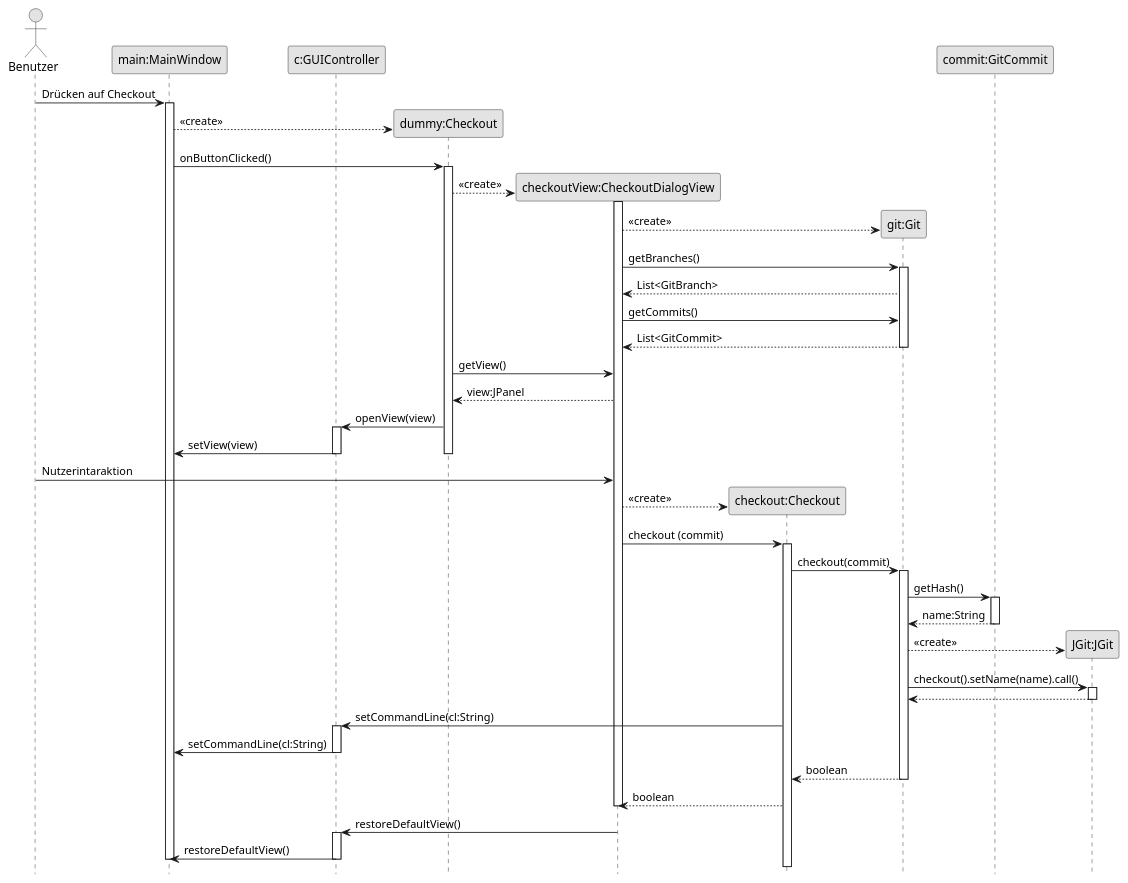
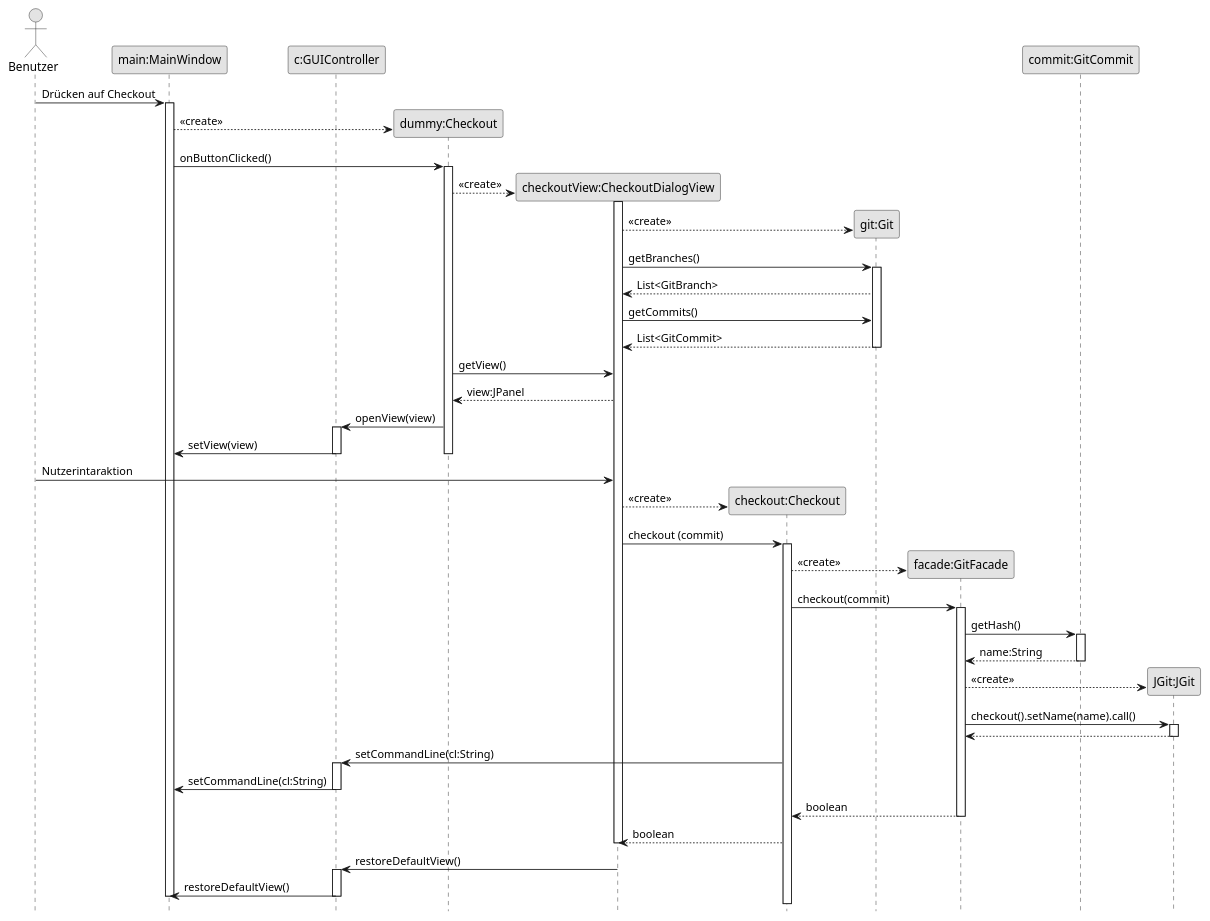
Before and after one commit to osl2/Skalierbarer-Git-Client: the diagram in diagrams/raw diagramm files/Checkout_Version_Sequence.puml, drawn with PlantUML. The commit also changed 6 other files, not shown here.

Commit message:
Changes in Diagramms

```diff
--- a/diagrams/raw diagramm files/Checkout_Version_Sequence.puml
+++ b/diagrams/raw diagramm files/Checkout_Version_Sequence.puml
@@ -1,78 +1,80 @@
 @startuml
 skinparam monochrome true
 hide footbox
 actor Benutzer as user
 
 participant "main:MainWindow" as main
 participant "c:GUIController" as controller
 participant "dummy:Checkout" as checkout
 participant "checkoutView:CheckoutDialogView" as checkoutView
 participant "checkout:Checkout" as checkoutCommand
-participant "git:Git" as facade
-participant "git:Git" as facade
+participant "git:Git" as git
+participant "facade:GitFacade" as facade
 participant "commit:GitCommit" as commit
 participant "JGit:JGit" as JGit
 
 user -> main : Drücken auf Checkout
 activate main
 create checkout
 main --> checkout : <<create>>
 main -> checkout : onButtonClicked()
 activate checkout
 create checkoutView
 checkout --> checkoutView :  <<create>>
 activate checkoutView
 
-create facade
-checkoutView --> facade : <<create>>
-checkoutView -> facade : getBranches()
-activate facade
-facade --> checkoutView : List<GitBranch>
-checkoutView -> facade : getCommits()
-facade --> checkoutView : List<GitCommit>
-deactivate facade
+create git
+checkoutView --> git : <<create>>
+checkoutView -> git : getBranches()
+activate git
+git --> checkoutView : List<GitBranch>
+checkoutView -> git : getCommits()
+git --> checkoutView : List<GitCommit>
+deactivate git
 
 checkout -> checkoutView : getView()
 checkoutView --> checkout : view:JPanel
 
 checkout -> controller : openView(view)
 activate controller
 controller -> main : setView(view)
 deactivate controller
 deactivate checkout
 user -> checkoutView : Nutzerintaraktion
 
 create checkoutCommand
 checkoutView --> checkoutCommand : <<create>>
 
 checkoutView ->checkoutCommand : checkout (commit)
 activate checkoutCommand
+create facade
+checkoutCommand --> facade : <<create>>
 checkoutCommand -> facade : checkout(commit)
 activate facade
 facade -> commit : getHash()
 activate commit
 commit --> facade : name:String
 deactivate commit
 create JGit
 facade --> JGit : <<create>>
 facade -> JGit : checkout().setName(name).call()
 activate JGit
 JGit --> facade :
 deactivate JGit
 checkoutCommand -> controller : setCommandLine(cl:String)
 activate controller
 controller -> main : setCommandLine(cl:String)
 deactivate controller
 facade --> checkoutCommand : boolean
 deactivate facade
 checkoutCommand --> checkoutView : boolean
 deactivate checkoutView
 checkoutView -> controller : restoreDefaultView()
 activate controller
 controller -> main : restoreDefaultView()
 deactivate controller
 
 
 deactivate main
 
 @enduml
```
